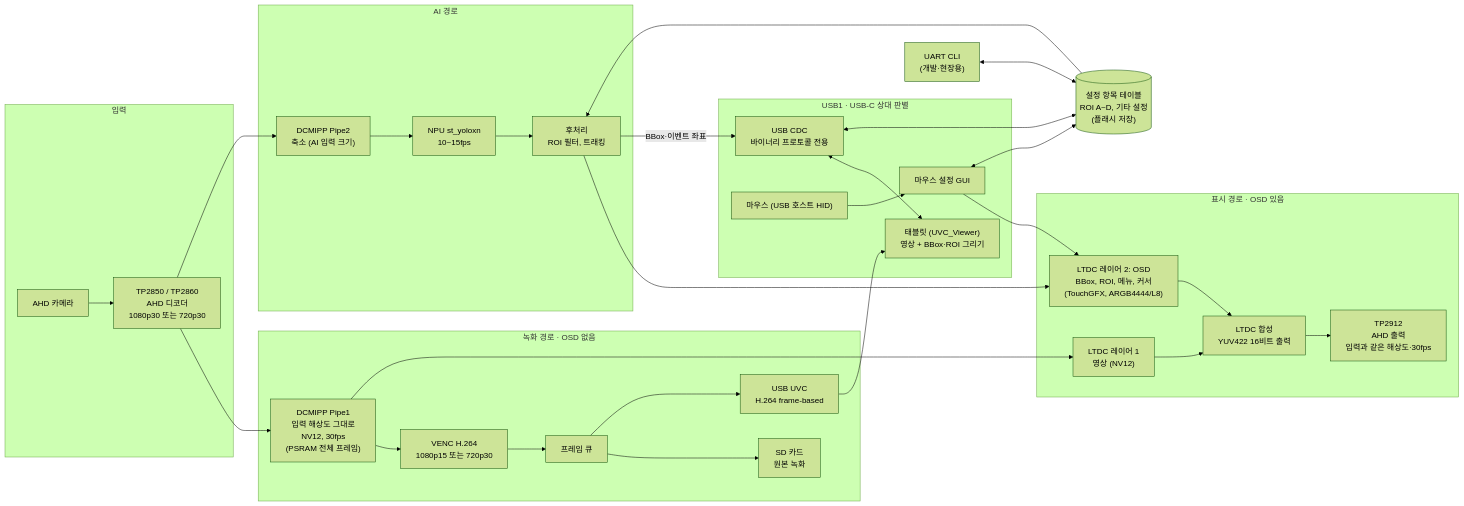
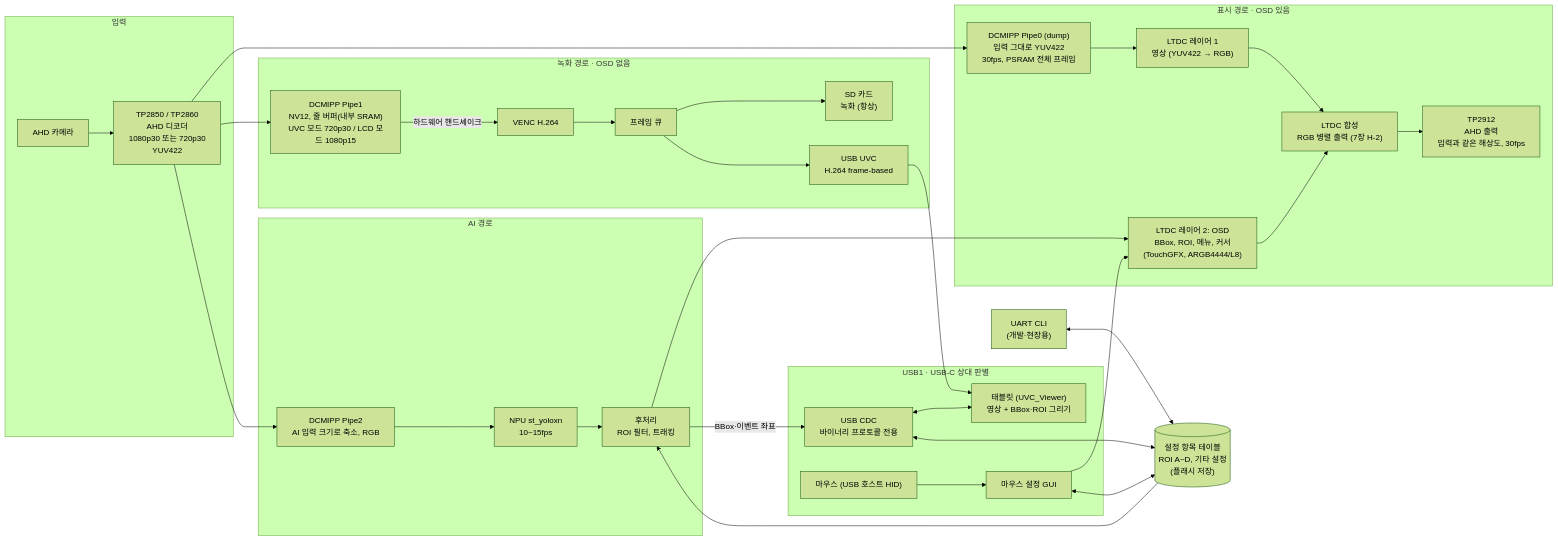
The diagram in docs/Product Conception.md (Spearhead7/2702_STM32N6_UVC), drawn with Mermaid (forest theme) before and after one commit. The commit also changed other lines of this file, not shown here.

First line of the commit message:
docs: 제품 구상 수정 (1080p UVC 모드 720p30, 파이프 배치 검토)

````diff
--- a/docs/Product Conception.md
+++ b/docs/Product Conception.md
@@ -12,43 +12,44 @@
 ```mermaid
 flowchart LR
     subgraph IN[입력]
-        CAM[AHD 카메라] --> DEC["TP2850 / TP2860<br/>AHD 디코더<br/>1080p30 또는 720p30"]
+        CAM[AHD 카메라] --> DEC["TP2850 / TP2860<br/>AHD 디코더<br/>1080p30 또는 720p30<br/>YUV422"]
     end
 
-    DEC --> P1["DCMIPP Pipe1<br/>입력 해상도 그대로<br/>NV12, 30fps<br/>(PSRAM 전체 프레임)"]
-    DEC --> P2["DCMIPP Pipe2<br/>축소 (AI 입력 크기)"]
+    DEC --> P0["DCMIPP Pipe0 (dump)<br/>입력 그대로 YUV422<br/>30fps, PSRAM 전체 프레임"]
+    DEC --> P1["DCMIPP Pipe1<br/>NV12, 줄 버퍼(내부 SRAM)<br/>UVC 모드 720p30 / LCD 모드 1080p15"]
+    DEC --> P2["DCMIPP Pipe2<br/>AI 입력 크기로 축소, RGB"]
 
     subgraph REC[녹화 경로 · OSD 없음]
-        P1 --> VENC["VENC H.264<br/>1080p15 또는 720p30"]
+        P1 -- "하드웨어 핸드셰이크" --> VENC["VENC H.264"]
         VENC --> Q[프레임 큐]
-        Q --> SD["SD 카드<br/>원본 녹화"]
+        Q --> SD["SD 카드<br/>녹화 (항상)"]
         Q --> UVC["USB UVC<br/>H.264 frame-based"]
     end
 
     subgraph DISP[표시 경로 · OSD 있음]
-        P1 --> L1["LTDC 레이어 1<br/>영상 (NV12)"]
-        L1 --> LTDC["LTDC 합성<br/>YUV422 16비트 출력"]
+        P0 --> L1["LTDC 레이어 1<br/>영상 (YUV422 → RGB)"]
+        L1 --> LTDC["LTDC 합성<br/>RGB 병렬 출력 (7장 H-2)"]
         OSD["LTDC 레이어 2: OSD<br/>BBox, ROI, 메뉴, 커서<br/>(TouchGFX, ARGB4444/L8)"] --> LTDC
-        LTDC --> ENC["TP2912<br/>AHD 출력<br/>입력과 같은 해상도·30fps"]
+        LTDC --> ENC["TP2912<br/>AHD 출력<br/>입력과 같은 해상도, 30fps"]
     end
 
     subgraph AI[AI 경로]
         P2 --> NPU["NPU st_yoloxn<br/>10~15fps"]
         NPU --> POST["후처리<br/>ROI 필터, 트래킹"]
     end
 
     POST --> OSD
     POST -- "BBox·이벤트 좌표" --> CDC
 
     subgraph USB[USB1 · USB-C 상대 판별]
         UVC --> TAB["태블릿 (UVC_Viewer)<br/>영상 + BBox·ROI 그리기"]
         CDC["USB CDC<br/>바이너리 프로토콜 전용"] <--> TAB
         MOUSE["마우스 (USB 호스트 HID)"] --> GUI[마우스 설정 GUI]
     end
 
     GUI --> OSD
     GUI <--> SET[("설정 항목 테이블<br/>ROI A~D, 기타 설정<br/>(플래시 저장)")]
     CDC <--> SET
     SET --> POST
     UART["UART CLI<br/>(개발·현장용)"] <--> SET
 ```
````
